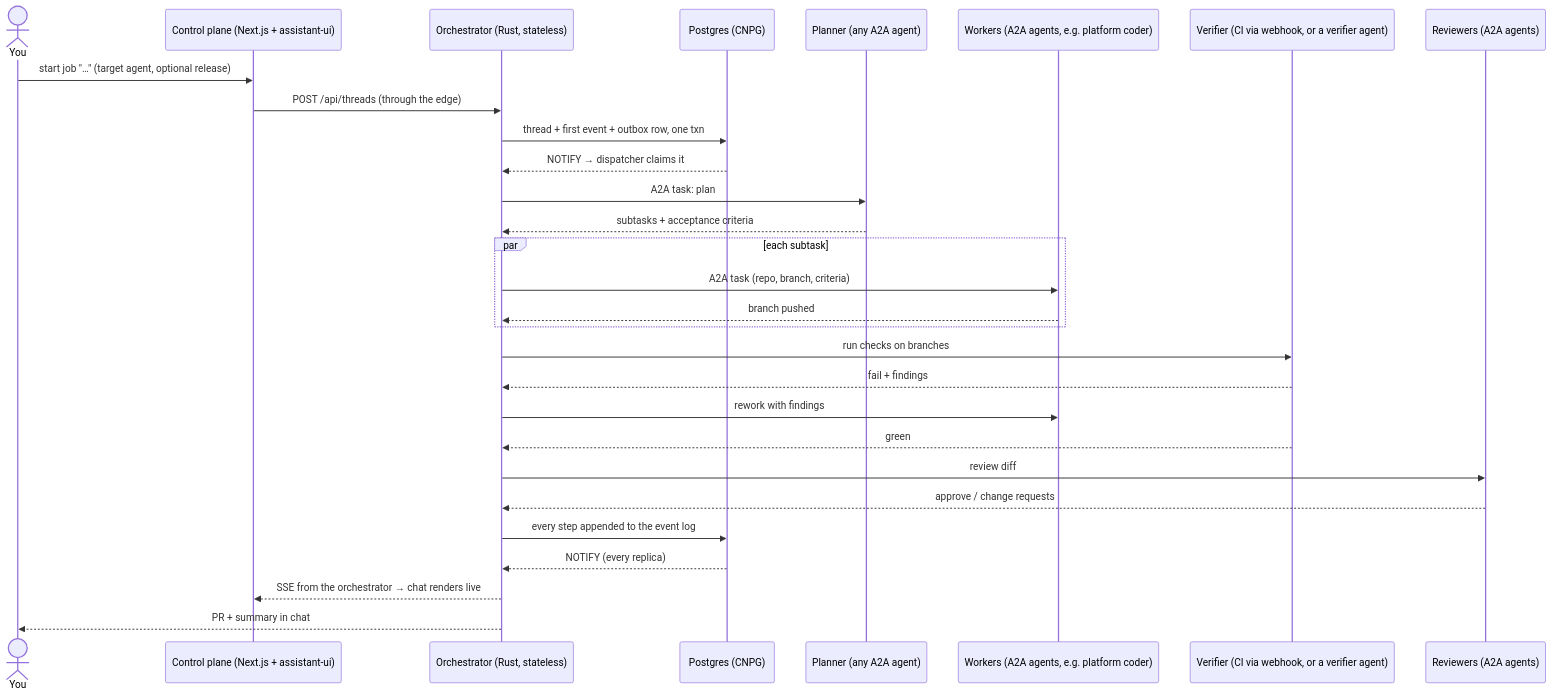
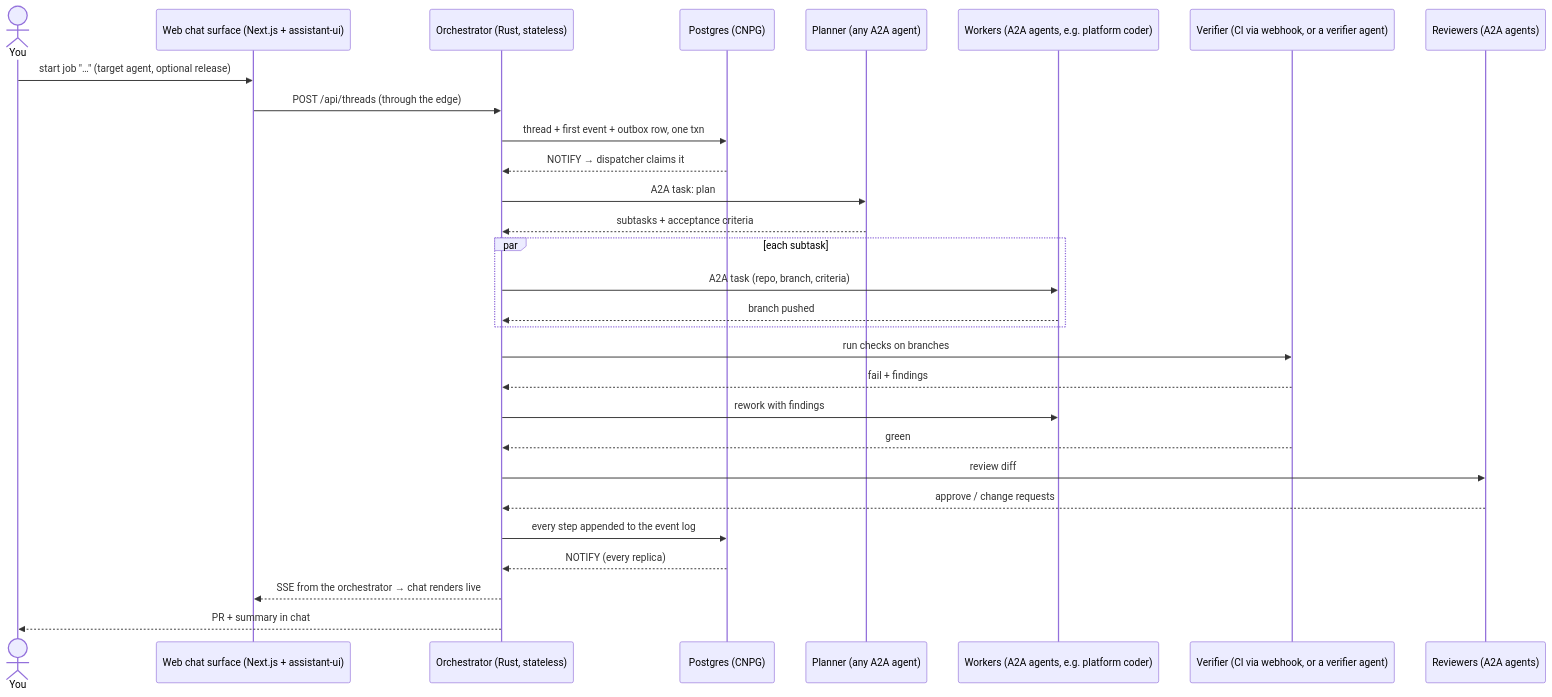
The fifth of 6 diagrams in docs/architecture.md (vymalo/another-agentic-system), drawn with Mermaid before and after one commit. The commit also changed other lines of this file and 1 other file, not shown here.

Commit message:
docs: call the Next.js app the web chat surface
"Control plane" now names the orchestrator role that serves the surfaces,
as the owner decided on 2026-09-29; the chat UI is the web chat surface.

Claude-Session: https://claude.ai/code/session_01LvSwLecV9s4iZdbQ9HeBEJ

````diff
--- a/docs/architecture.md
+++ b/docs/architecture.md
@@ -282,31 +282,31 @@
 ```mermaid
 sequenceDiagram
   actor U as You
-  participant CP as Control plane (Next.js + assistant-ui)
+  participant CP as Web chat surface (Next.js + assistant-ui)
   participant O as Orchestrator (Rust, stateless)
   participant DB as Postgres (CNPG)
   participant P as Planner (any A2A agent)
   participant W as Workers (A2A agents, e.g. platform coder)
   participant V as Verifier (CI via webhook, or a verifier agent)
   participant R as Reviewers (A2A agents)
   U->>CP: start job "…" (target agent, optional release)
   CP->>O: POST /api/threads (through the edge)
   O->>DB: thread + first event + outbox row, one txn
   DB-->>O: NOTIFY → dispatcher claims it
   O->>P: A2A task: plan
   P-->>O: subtasks + acceptance criteria
   par each subtask
     O->>W: A2A task (repo, branch, criteria)
     W-->>O: branch pushed
   end
   O->>V: run checks on branches
   V-->>O: fail + findings
   O->>W: rework with findings
   V-->>O: green
   O->>R: review diff
   R-->>O: approve / change requests
   O->>DB: every step appended to the event log
   DB-->>O: NOTIFY (every replica)
   O-->>CP: SSE from the orchestrator → chat renders live
   O-->>U: PR + summary in chat
 ```
````
